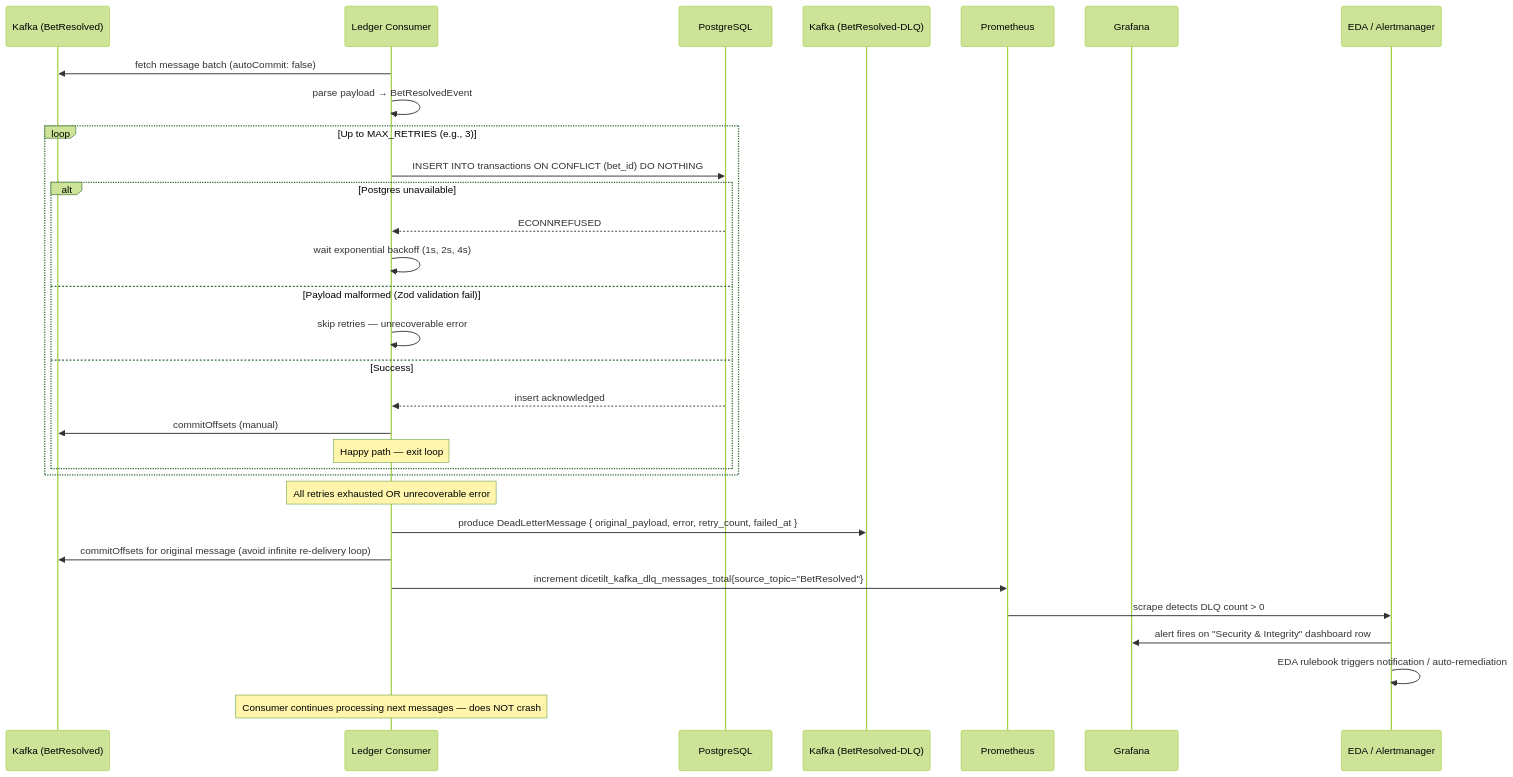
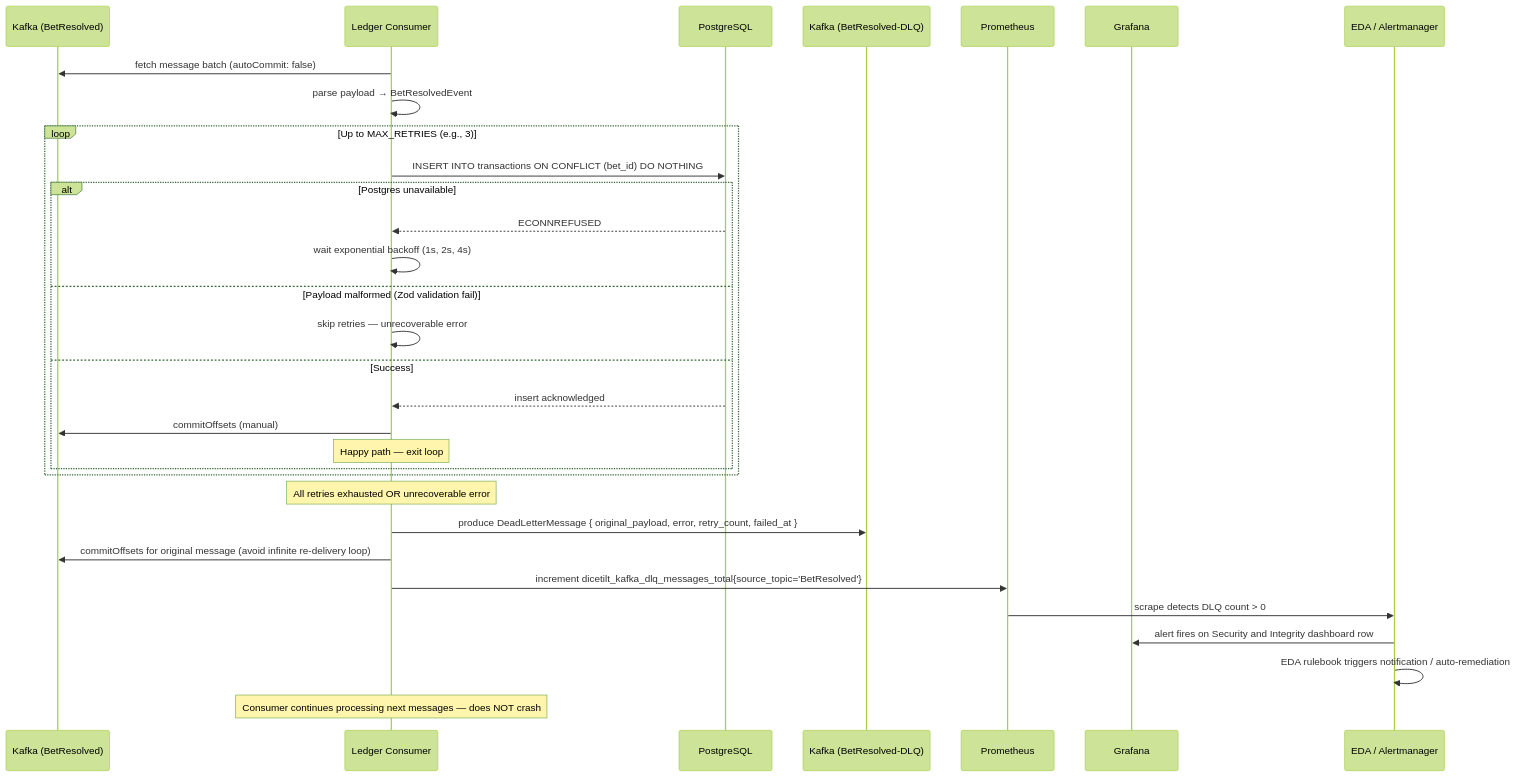
The third of 7 diagrams in documentation/infrastructure-flows.md (Fennzo/DiceTilt), drawn with Mermaid (forest theme) before and after one commit. The commit also changed other lines of this file and 16 other files, not shown here.

````diff
--- a/documentation/infrastructure-flows.md
+++ b/documentation/infrastructure-flows.md
@@ -181,38 +181,38 @@
 ```mermaid
 sequenceDiagram
     participant Kafka as Kafka (BetResolved)
     participant LC as Ledger Consumer
     participant PG as PostgreSQL
     participant DLQ as Kafka (BetResolved-DLQ)
     participant Prom as Prometheus
     participant Grafana as Grafana
     participant Alert as EDA / Alertmanager
 
     LC->>Kafka: fetch message batch (autoCommit: false)
     LC->>LC: parse payload → BetResolvedEvent
 
     loop Up to MAX_RETRIES (e.g., 3)
         LC->>PG: INSERT INTO transactions ON CONFLICT (bet_id) DO NOTHING
         alt Postgres unavailable
             PG-->>LC: ECONNREFUSED
             LC->>LC: wait exponential backoff (1s, 2s, 4s)
         else Payload malformed (Zod validation fail)
             LC->>LC: skip retries — unrecoverable error
         else Success
             PG-->>LC: insert acknowledged
             LC->>Kafka: commitOffsets (manual)
             Note over LC: Happy path — exit loop
         end
     end
 
     Note over LC: All retries exhausted OR unrecoverable error
     LC->>DLQ: produce DeadLetterMessage { original_payload, error, retry_count, failed_at }
     LC->>Kafka: commitOffsets for original message (avoid infinite re-delivery loop)
-    LC->>Prom: increment dicetilt_kafka_dlq_messages_total{source_topic="BetResolved"}
+    LC->>Prom: increment dicetilt_kafka_dlq_messages_total{source_topic='BetResolved'}
 
     Prom->>Alert: scrape detects DLQ count > 0
-    Alert->>Grafana: alert fires on "Security & Integrity" dashboard row
+    Alert->>Grafana: alert fires on Security and Integrity dashboard row
     Alert->>Alert: EDA rulebook triggers notification / auto-remediation
 
     Note over LC: Consumer continues processing next messages — does NOT crash
 ```
````
